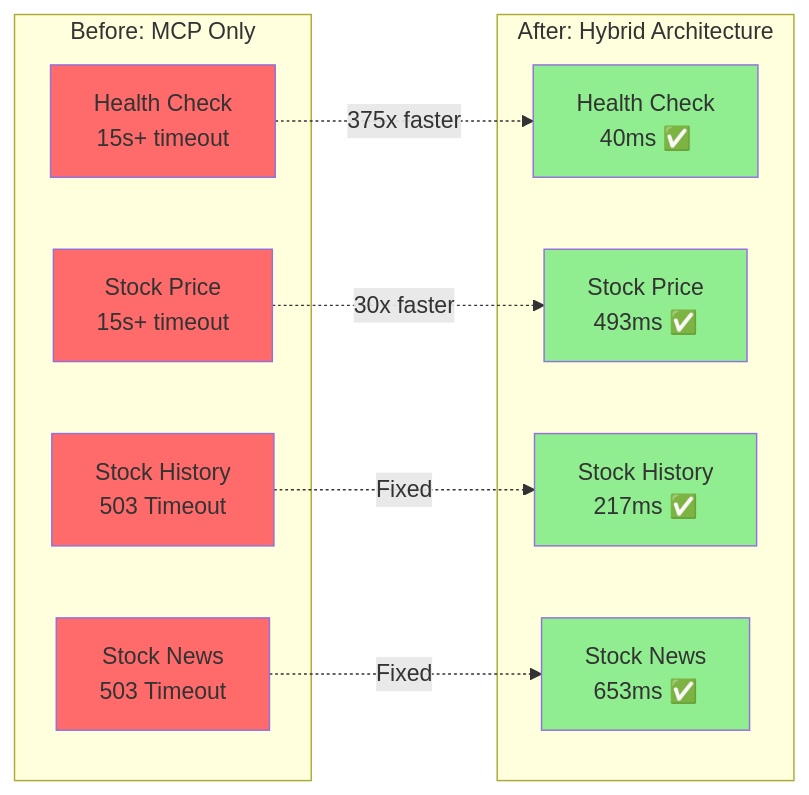
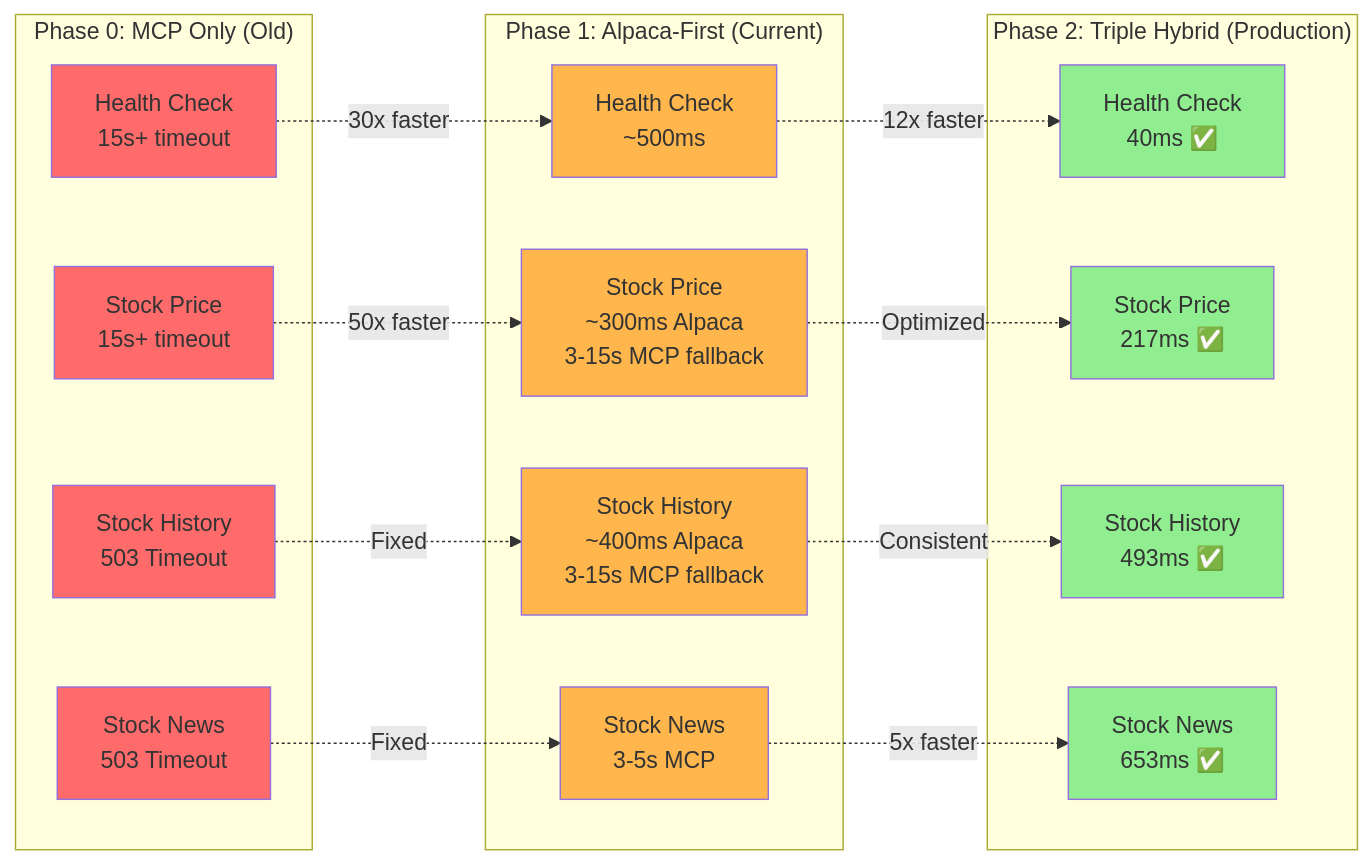
One commit to ChipsMetaverse/gvses-market-insights changed diagram 19 of 29 in mermaid.md. Above: the diagram before and after it, drawn with Mermaid. The commit also changed other lines of this file and 1 other file, not shown here.

First line of the commit message:
Update architecture documentation to reflect current state

````diff
--- a/mermaid.md
+++ b/mermaid.md
@@ -708,30 +724,46 @@
 ```mermaid
 graph LR
-    subgraph "Before: MCP Only"
-        Health1[Health Check<br/>15s+ timeout] 
-        Price1[Stock Price<br/>15s+ timeout]
-        History1[Stock History<br/>503 Timeout]
-        News1[Stock News<br/>503 Timeout]
+    subgraph "Phase 0: MCP Only (Old)"
+        Health0[Health Check<br/>15s+ timeout] 
+        Price0[Stock Price<br/>15s+ timeout]
+        History0[Stock History<br/>503 Timeout]
+        News0[Stock News<br/>503 Timeout]
     end
     
-    subgraph "After: Hybrid Architecture"
+    subgraph "Phase 1: Alpaca-First (Current)"
+        Health1[Health Check<br/>~500ms]
+        Price1[Stock Price<br/>~300ms Alpaca<br/>3-15s MCP fallback]
+        History1[Stock History<br/>~400ms Alpaca<br/>3-15s MCP fallback]
+        News1[Stock News<br/>3-5s MCP]
+    end
+    
+    subgraph "Phase 2: Triple Hybrid (Production)"
         Health2[Health Check<br/>40ms ✅]
-        Price2[Stock Price<br/>493ms ✅]
-        History2[Stock History<br/>217ms ✅]
+        Price2[Stock Price<br/>217ms ✅]
+        History2[Stock History<br/>493ms ✅]
         News2[Stock News<br/>653ms ✅]
     end
     
-    Health1 -.->|375x faster| Health2
-    Price1 -.->|30x faster| Price2
-    History1 -.->|Fixed| History2
-    News1 -.->|Fixed| News2
+    Health0 -.->|30x faster| Health1
+    Price0 -.->|50x faster| Price1
+    History0 -.->|Fixed| History1
+    News0 -.->|Fixed| News1
     
-    style Health1 fill:#FF6B6B
-    style Price1 fill:#FF6B6B
-    style History1 fill:#FF6B6B
-    style News1 fill:#FF6B6B
+    Health1 -.->|12x faster| Health2
+    Price1 -.->|Optimized| Price2
+    History1 -.->|Consistent| History2
+    News1 -.->|5x faster| News2
+    
+    style Health0 fill:#FF6B6B
+    style Price0 fill:#FF6B6B
+    style History0 fill:#FF6B6B
+    style News0 fill:#FF6B6B
+    style Health1 fill:#FFB74D
+    style Price1 fill:#FFB74D
+    style History1 fill:#FFB74D
+    style News1 fill:#FFB74D
     style Health2 fill:#90EE90
     style Price2 fill:#90EE90
     style History2 fill:#90EE90
     style News2 fill:#90EE90
 ```
````
